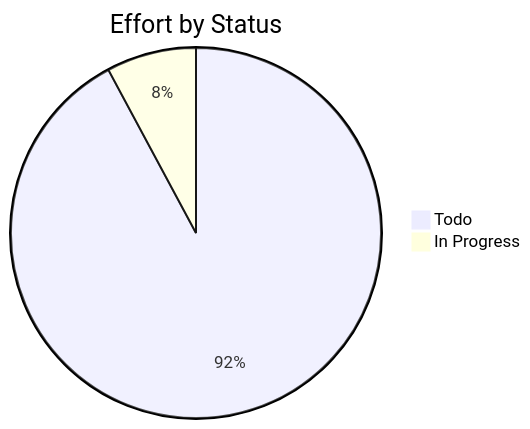
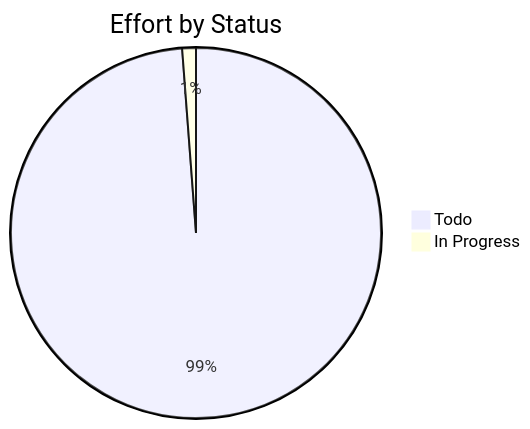
One commit to Katty-Fashion/kf-cpto changed the third of 3 diagrams in docs/_projects/kf-platform.md. Above: the diagram before and after it, drawn with Mermaid. The commit also changed other lines of this file and 10 other files, not shown here.

````diff
--- a/docs/_projects/kf-platform.md
+++ b/docs/_projects/kf-platform.md
@@ -185,5 +125,5 @@
 ```mermaid
 pie title Effort by Status
-    "Todo" : 282.0
-    "In Progress" : 24.0
+    "Todo" : 165.0
+    "In Progress" : 2.0
 ```
````
